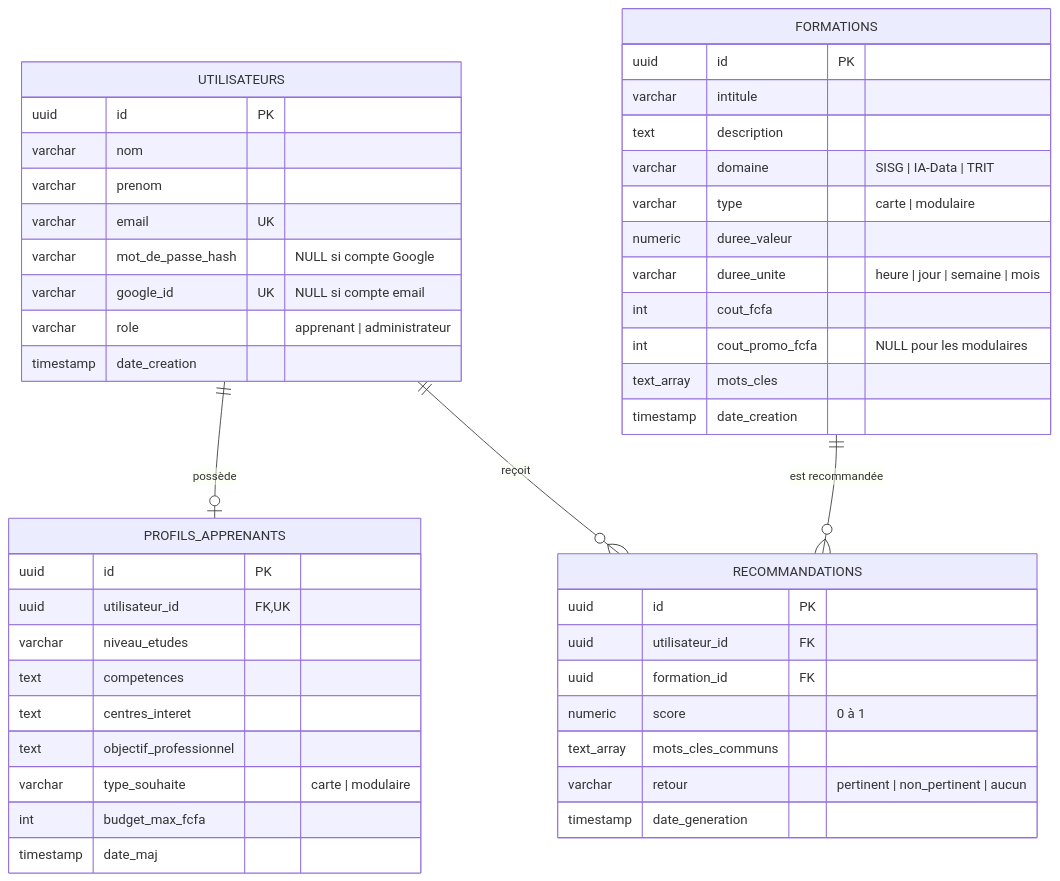
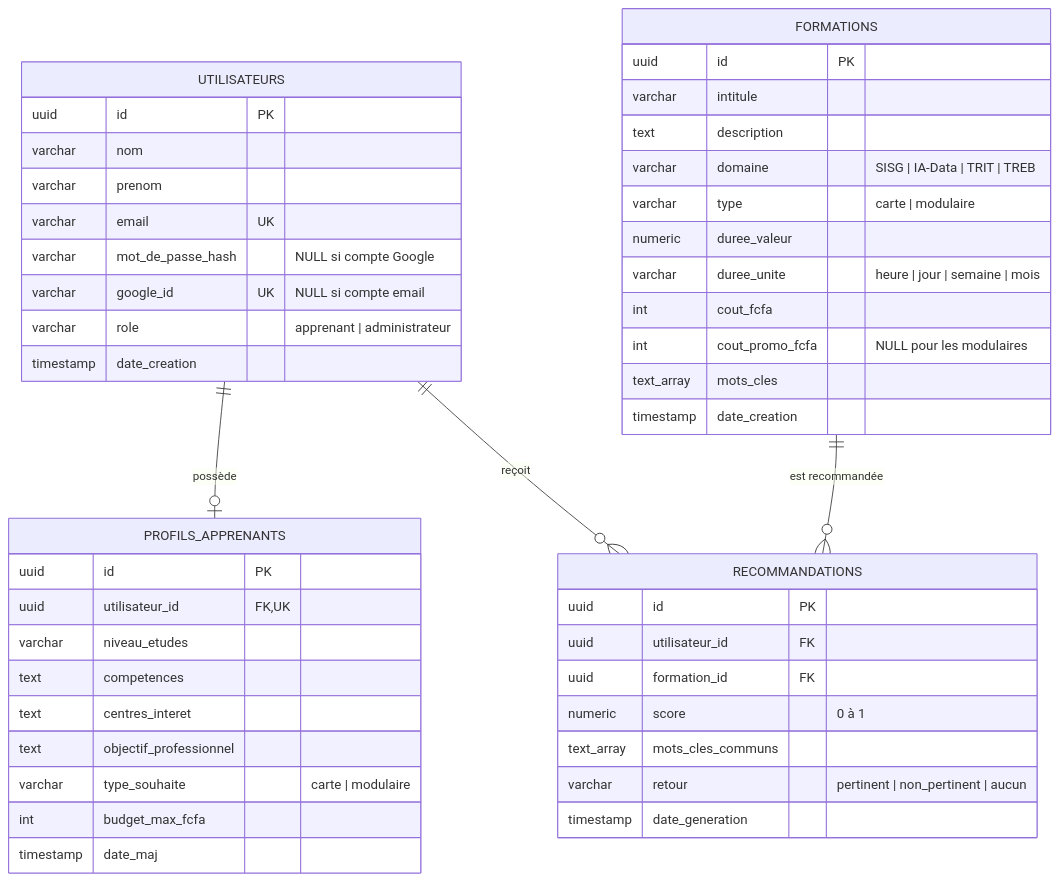
The diagram in docs/modele-donnees.md (martial-300/plateforme-formations-hitt), drawn with Mermaid before and after one commit. The commit also changed 45 other files, not shown here.

First line of the commit message:
feat(catalogue): domaine TREB, 10 formations Électricité et Bâtiment (RF-04, RF-05)

````diff
--- a/docs/modele-donnees.md
+++ b/docs/modele-donnees.md
@@ -7,50 +7,50 @@
 ```mermaid
 erDiagram
     UTILISATEURS ||--o| PROFILS_APPRENANTS : "possède"
     UTILISATEURS ||--o{ RECOMMANDATIONS : "reçoit"
     FORMATIONS   ||--o{ RECOMMANDATIONS : "est recommandée"
 
     UTILISATEURS {
         uuid id PK
         varchar nom
         varchar prenom
         varchar email UK
         varchar mot_de_passe_hash "NULL si compte Google"
         varchar google_id UK "NULL si compte email"
         varchar role "apprenant | administrateur"
         timestamp date_creation
     }
     PROFILS_APPRENANTS {
         uuid id PK
         uuid utilisateur_id FK,UK
         varchar niveau_etudes
         text competences
         text centres_interet
         text objectif_professionnel
         varchar type_souhaite "carte | modulaire"
         int budget_max_fcfa
         timestamp date_maj
     }
     FORMATIONS {
         uuid id PK
         varchar intitule
         text description
-        varchar domaine "SISG | IA-Data | TRIT"
+        varchar domaine "SISG | IA-Data | TRIT | TREB"
         varchar type "carte | modulaire"
         numeric duree_valeur
         varchar duree_unite "heure | jour | semaine | mois"
         int cout_fcfa
         int cout_promo_fcfa "NULL pour les modulaires"
         text_array mots_cles
         timestamp date_creation
     }
     RECOMMANDATIONS {
         uuid id PK
         uuid utilisateur_id FK
         uuid formation_id FK
         numeric score "0 à 1"
         text_array mots_cles_communs
         varchar retour "pertinent | non_pertinent | aucun"
         timestamp date_generation
     }
 ```
````
